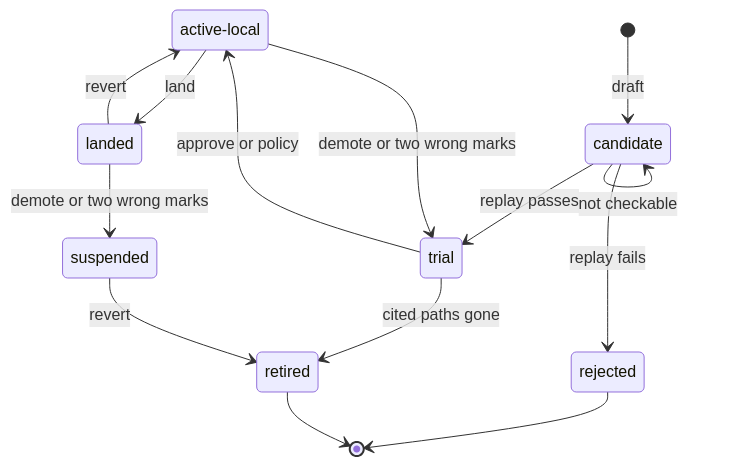
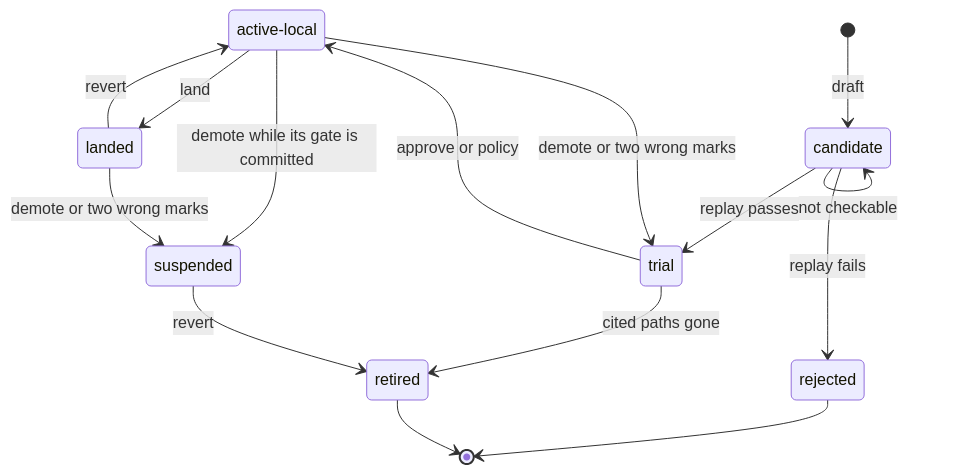
Before and after one commit to angkoonhian/kh-harness: the second of 2 diagrams in docs/guide/learning-loop.md, drawn with Mermaid. The commit also changed other lines of this file and 12 other files, not shown here.

````diff
--- a/docs/guide/learning-loop.md
+++ b/docs/guide/learning-loop.md
@@ -77,17 +77,18 @@
 ```mermaid
 stateDiagram-v2
     state "active-local" as active_local
     [*] --> candidate: draft
     candidate --> candidate: not checkable
     candidate --> trial: replay passes
     candidate --> rejected: replay fails
     trial --> active_local: approve or policy
     trial --> retired: cited paths gone
     active_local --> trial: demote or two wrong marks
+    active_local --> suspended: demote while its gate is committed
     active_local --> landed: land
     landed --> active_local: revert
     landed --> suspended: demote or two wrong marks
     suspended --> retired: revert
     rejected --> [*]
     retired --> [*]
 ```
````
